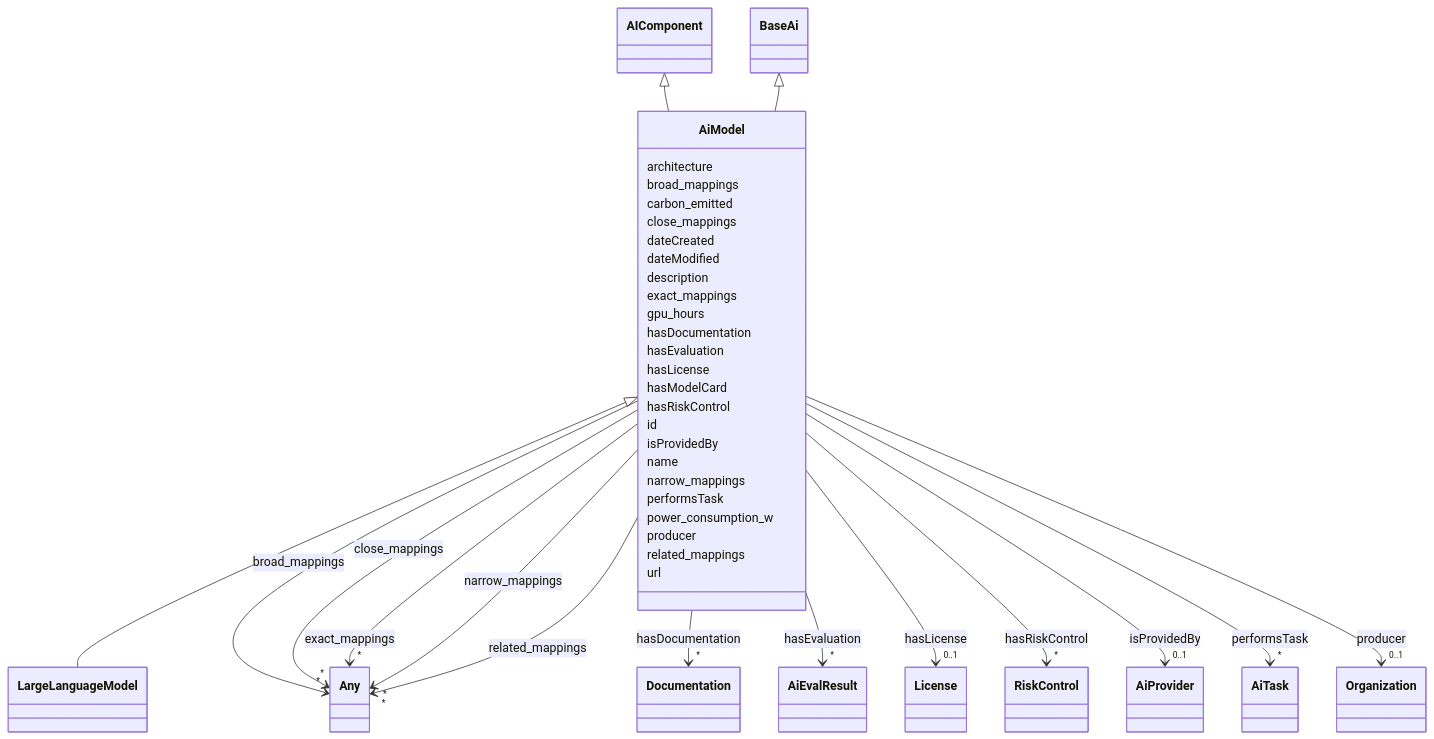
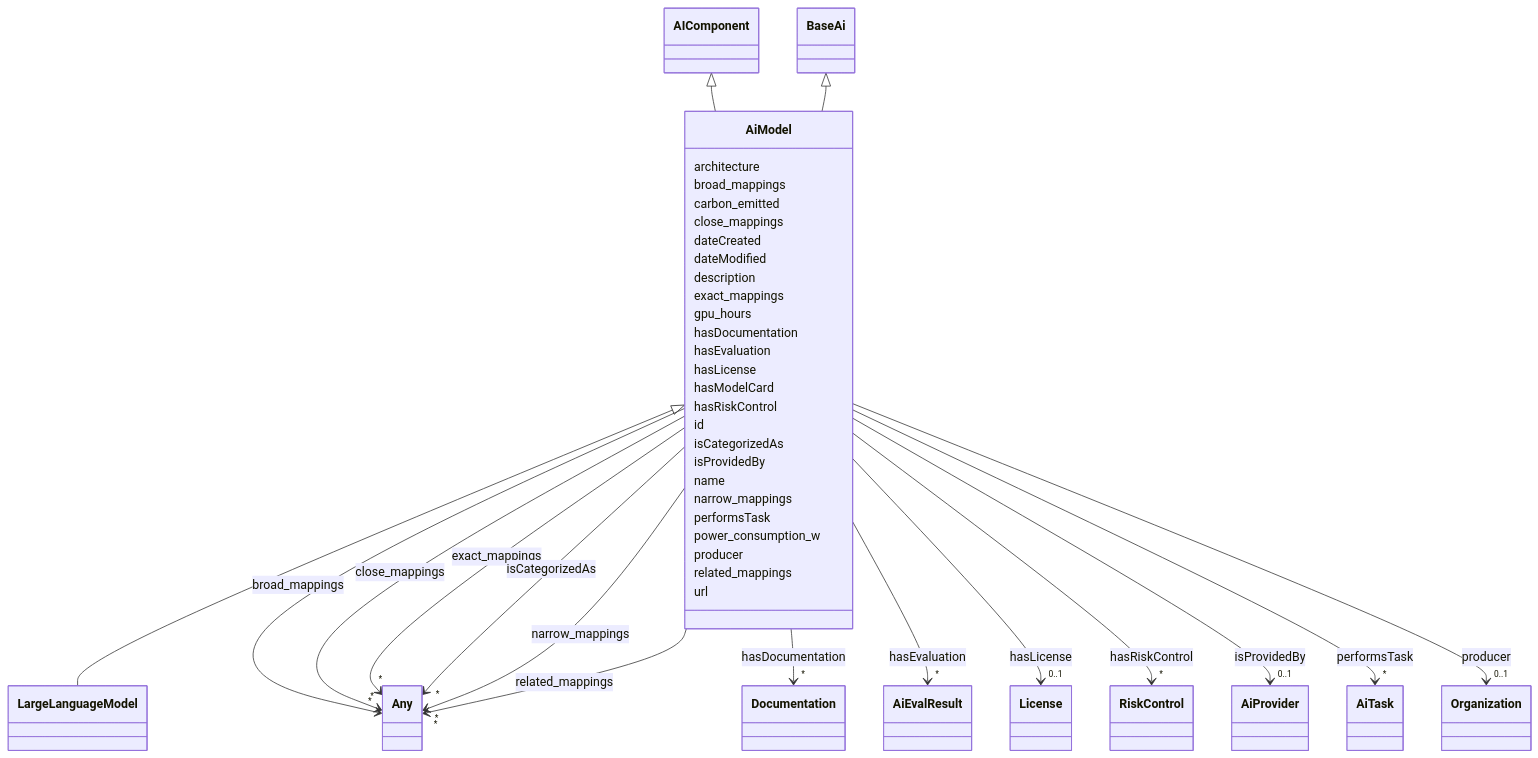
Before and after one commit to dhavalsalwala/ai-atlas-nexus-fork: the diagram in docs/ontology/AiModel.md, drawn with Mermaid. The commit also changed other lines of this file and 130 other files, not shown here.

```diff
--- a/docs/ontology/AiModel.md
+++ b/docs/ontology/AiModel.md
@@ -111,6 +111,17 @@
 
       AiModel : id
 
+      AiModel : isCategorizedAs
+
+
+
+
+
+        AiModel --> "*" Any : isCategorizedAs
+        click Any href "../Any/"
+
+
+
       AiModel : isProvidedBy
 
 
```
